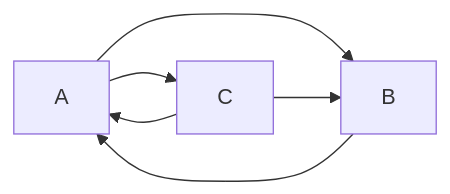
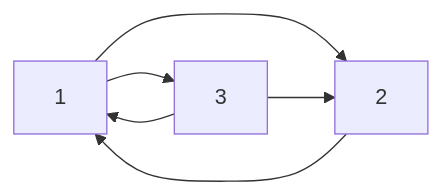
One commit to boddaert/snt changed the first of 3 diagrams in seconde/Web/Moteurs_de_recherche.md. Above: the diagram before and after it, drawn with Mermaid. The commit also changed other lines of this file and 2 other files, not shown here.

````diff
--- a/seconde/Web/Moteurs_de_recherche.md
+++ b/seconde/Web/Moteurs_de_recherche.md
@@ -58,8 +60,8 @@
 ```mermaid
   graph LR;
-      A-->B;
-      B-->A;
-      A-->C;
-      C-->A;
-      C-->B;
+      1-->2;
+      2-->1;
+      1-->3;
+      3-->1;
+      3-->2;
 ```
````
